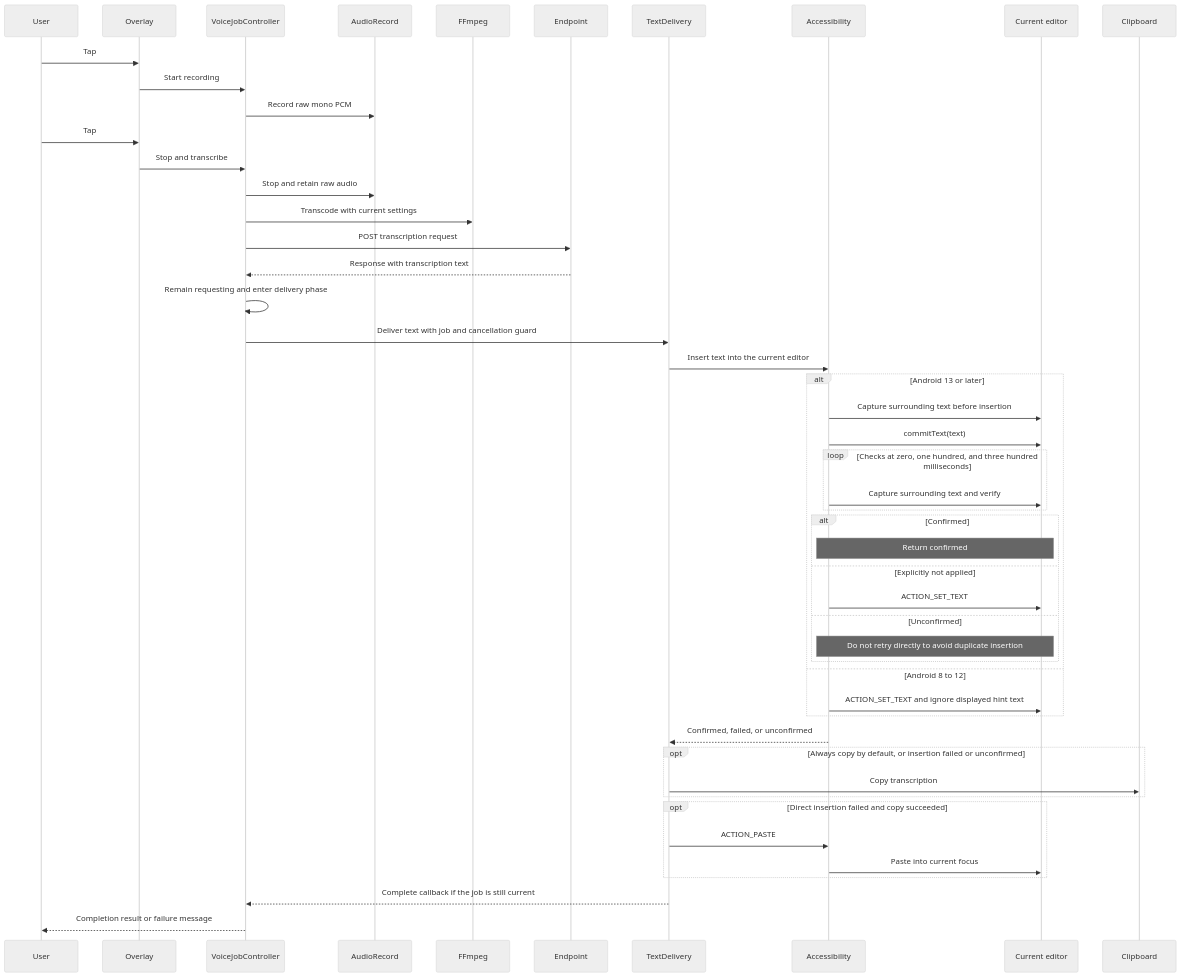
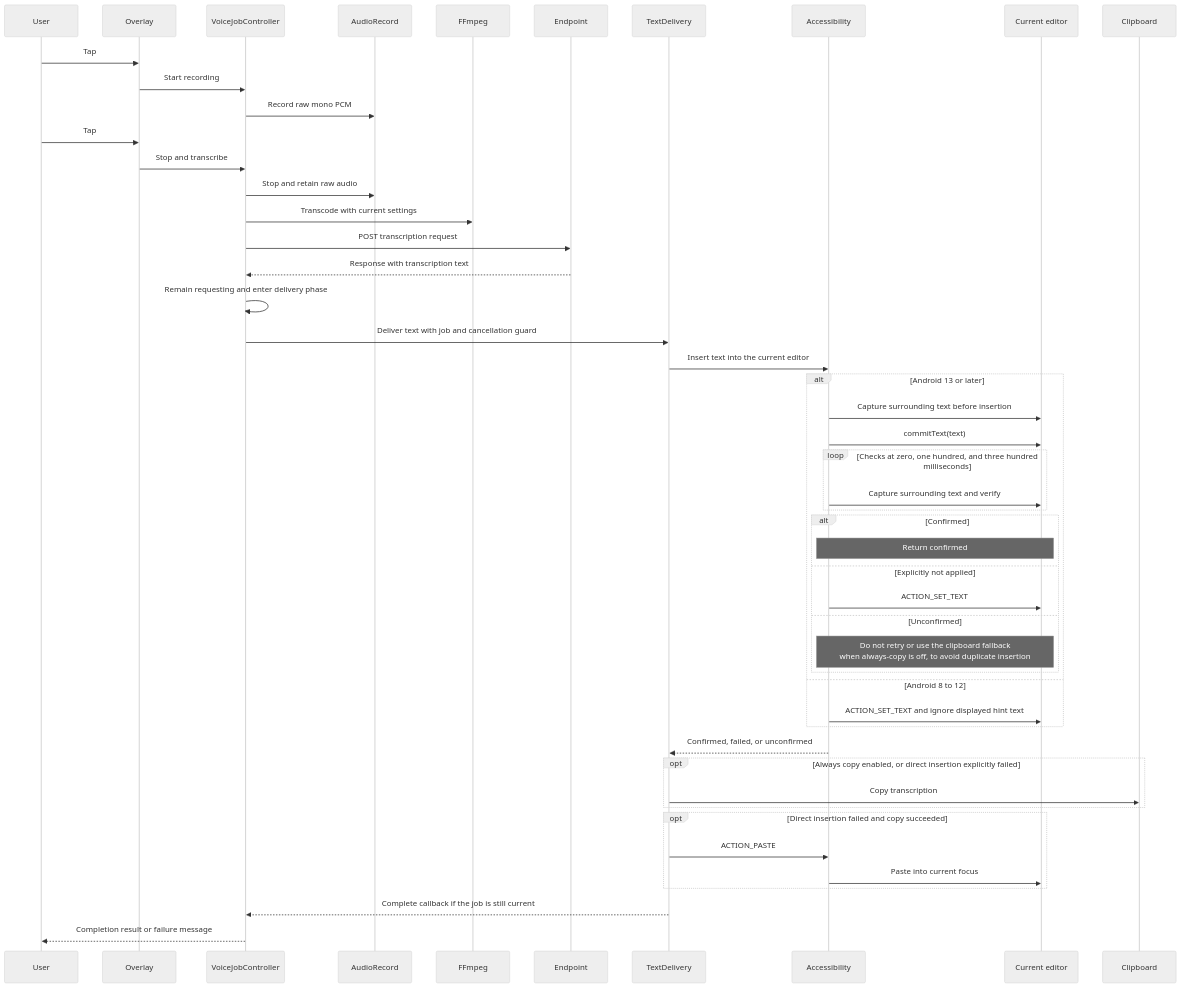
The second of 3 diagrams in README.md (Joey-Kot/Dictate), drawn with Mermaid (neutral theme) before and after one commit. The commit also changed other lines of this file and 6 other files, not shown here.

First line of the commit message:
fix(delivery): keep unconfirmed insertions off the clipboard

````diff
--- a/README.md
+++ b/README.md
@@ -61,62 +61,62 @@
 ```mermaid
 sequenceDiagram
   participant U as User
   participant O as Overlay
   participant J as VoiceJobController
   participant R as AudioRecord
   participant F as FFmpeg
   participant P as Endpoint
   participant D as TextDelivery
   participant A as Accessibility
   participant E as Current editor
   participant C as Clipboard
 
   U->>O: Tap
   O->>J: Start recording
   J->>R: Record raw mono PCM
 
   U->>O: Tap
   O->>J: Stop and transcribe
   J->>R: Stop and retain raw audio
   J->>F: Transcode with current settings
   J->>P: POST transcription request
   P-->>J: Response with transcription text
 
   J->>J: Remain requesting and enter delivery phase
   J->>D: Deliver text with job and cancellation guard
   D->>A: Insert text into the current editor
 
   alt Android 13 or later
     A->>E: Capture surrounding text before insertion
     A->>E: commitText(text)
 
     loop Checks at zero, one hundred, and three hundred milliseconds
       A->>E: Capture surrounding text and verify
     end
 
     alt Confirmed
       Note over A,E: Return confirmed
     else Explicitly not applied
       A->>E: ACTION_SET_TEXT
     else Unconfirmed
-      Note over A,E: Do not retry directly to avoid duplicate insertion
+      Note over A,E: Do not retry or use the clipboard fallback<br/>when always-copy is off, to avoid duplicate insertion
     end
 
   else Android 8 to 12
     A->>E: ACTION_SET_TEXT and ignore displayed hint text
   end
 
   A-->>D: Confirmed, failed, or unconfirmed
 
-  opt Always copy by default, or insertion failed or unconfirmed
+  opt Always copy enabled, or direct insertion explicitly failed
     D->>C: Copy transcription
   end
 
   opt Direct insertion failed and copy succeeded
     D->>A: ACTION_PASTE
     A->>E: Paste into current focus
   end
 
   D-->>J: Complete callback if the job is still current
   J-->>U: Completion result or failure message
 ```
````
